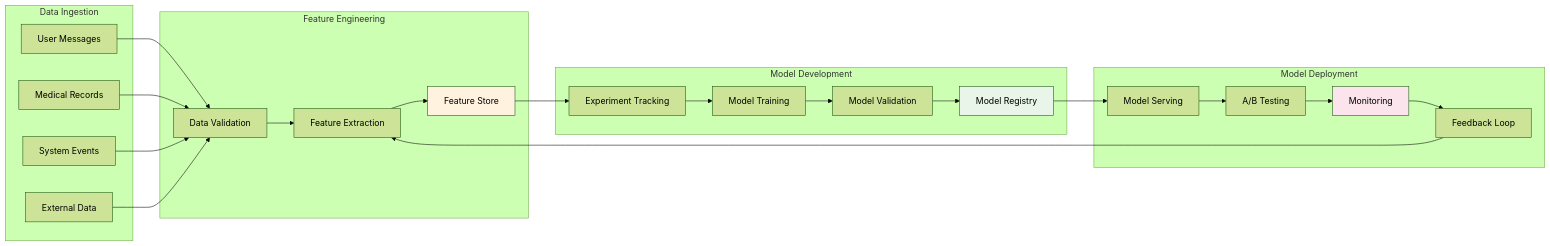
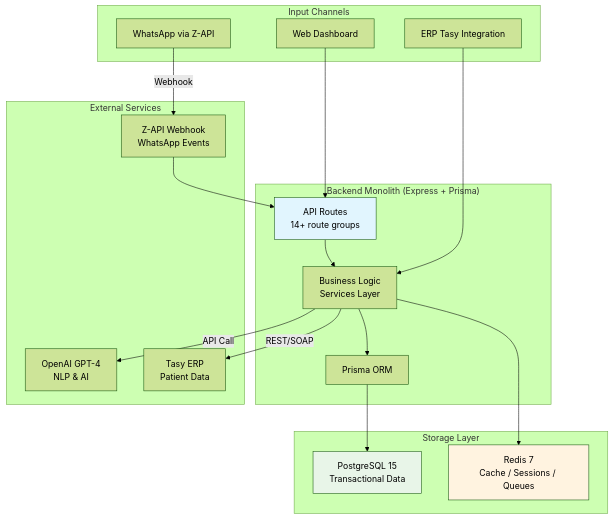
One commit to rodaquino-OMNI/Coordenacao-Cuidado-Enterprise changed the fourth of 8 diagrams in docs/architecture_diagrams.md. Above: the diagram before and after it, drawn with Mermaid (forest theme). The commit also changed other lines of this file and 14 other files, not shown here.

Commit message:
wave-4: documentation & ADRs — architecture v2.0 (honest), 6 ADRs, OpenAPI 3.0 (36 endpoints), operations runbook, developer guide, PROJECT_STATUS.md, final compliance review

````diff
--- a/docs/architecture_diagrams.md
+++ b/docs/architecture_diagrams.md
@@ -142,52 +122,42 @@
 ```mermaid
-graph LR
-    subgraph "Data Ingestion"
-        A[User Messages]
-        B[Medical Records]
-        C[System Events]
-        D[External Data]
+graph TB
+    subgraph "Input Channels"
+        A[WhatsApp via Z-API]
+        B[Web Dashboard]
+        C[ERP Tasy Integration]
     end
 
-    subgraph "Feature Engineering"
-        E[Data Validation]
-        F[Feature Extraction]
-        G[Feature Store]
+    subgraph "Backend Monolith (Express + Prisma)"
+        D[API Routes<br/>14+ route groups]
+        E[Business Logic<br/>Services Layer]
+        F[Prisma ORM]
     end
 
-    subgraph "Model Development"
-        H[Experiment Tracking]
-        I[Model Training]
-        J[Model Validation]
-        K[Model Registry]
+    subgraph "Storage Layer"
+        G[PostgreSQL 15<br/>Transactional Data]
+        H[Redis 7<br/>Cache / Sessions / Queues]
     end
 
-    subgraph "Model Deployment"
-        L[Model Serving]
-        M[A/B Testing]
-        N[Monitoring]
-        O[Feedback Loop]
+    subgraph "External Services"
+        I[OpenAI GPT-4<br/>NLP & AI]
+        J[Tasy ERP<br/>Patient Data]
+        K[Z-API Webhook<br/>WhatsApp Events]
     end
 
-    A --> E
-    B --> E
+    A -->|Webhook| K
+    K --> D
+    B --> D
     C --> E
+
     D --> E
-
     E --> F
     F --> G
+    E --> H
 
-    G --> H
-    H --> I
-    I --> J
-    J --> K
+    E -->|API Call| I
+    E -->|REST/SOAP| J
 
-    K --> L
-    L --> M
-    M --> N
-    N --> O
-    O --> F
-
-    style G fill:#fff3e0
-    style K fill:#e8f5e8
-    style N fill:#fce4ec
+    style D fill:#e1f5fe
+    style G fill:#e8f5e8
+    style H fill:#fff3e0
 ```
````
